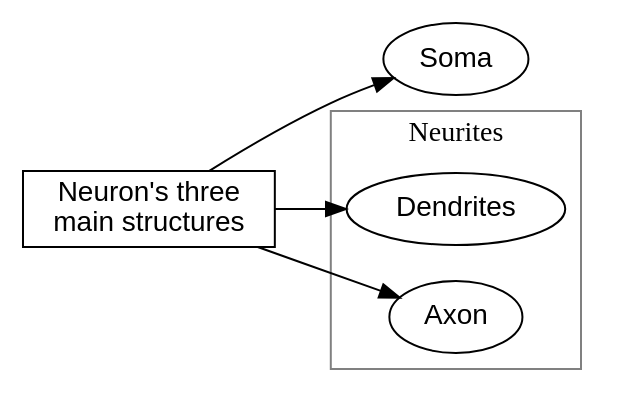
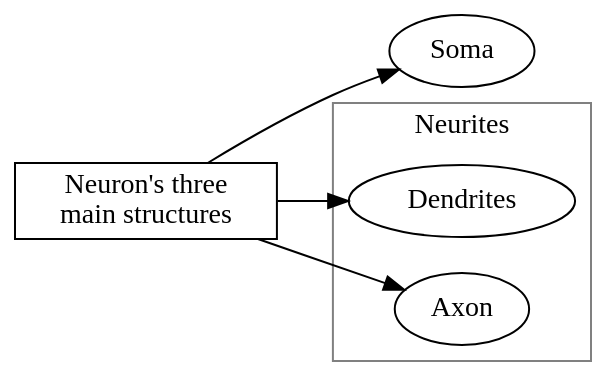
One commit to GermanoGallicchio/learning changed the first of 5 diagrams in JXHC_1055/03.qmd. Above: the diagram before and after it, drawn with Graphviz. The commit also changed other lines of this file, not shown here.

````diff
--- a/JXHC_1055/03.qmd
+++ b/JXHC_1055/03.qmd
@@ -52,26 +66,27 @@
 ```{dot}
 //| fig-width: 6
 digraph Neuron {
     rankdir=LR;
-    node [fontname="Helvetica"];
-
+    node [shape=plaintext]
+    bgcolor="transparent";
+    
     A [label="Neuron's three\nmain structures", shape=box];
-    B [label="Soma"];
-    D [label="Dendrites"];
-    E [label="Axon"];
+    B [label="Soma", shape=ellipse];
+    D [label="Dendrites", shape=ellipse];
+    E [label="Axon", shape=ellipse];
 
     A -> B;
     A -> D;
     A -> E;
     
 
     subgraph cluster {
         label="Neurites";
         color=gray;
         D;
         E;
     }
 
     
 }
 ```
````
